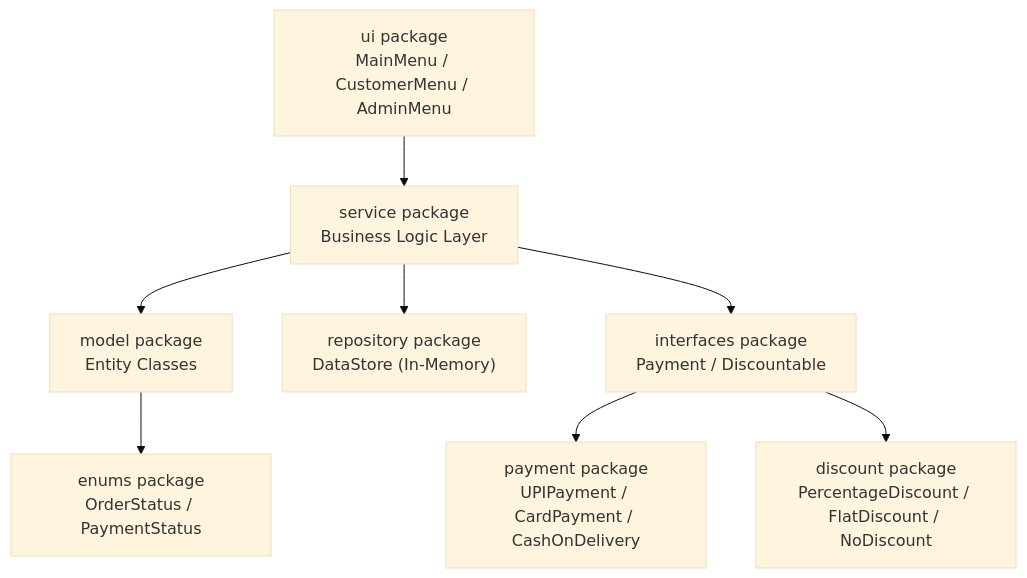
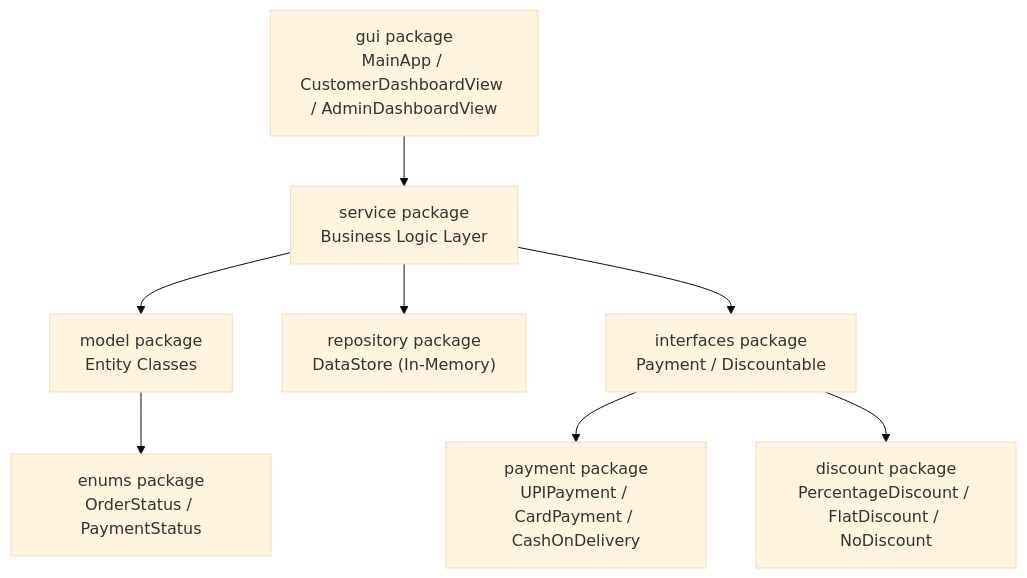
One commit to IshanWankhede/EcomFlow changed the first of 5 diagrams in README.md. Above: the diagram before and after it, drawn with Mermaid (base theme). The commit also changed other lines of this file and 2 other files, not shown here.

````diff
--- a/README.md
+++ b/README.md
@@ -84,10 +84,10 @@
 ```mermaid
 flowchart TD
-    UI["ui package<br/>MainMenu / CustomerMenu / AdminMenu"] --> SVC["service package<br/>Business Logic Layer"]
+    UI["gui package<br/>MainApp / CustomerDashboardView / AdminDashboardView"] --> SVC["service package<br/>Business Logic Layer"]
     SVC --> MODEL["model package<br/>Entity Classes"]
     SVC --> REPO["repository package<br/>DataStore (In-Memory)"]
     SVC --> IFACE["interfaces package<br/>Payment / Discountable"]
     IFACE --> PAY["payment package<br/>UPIPayment / CardPayment / CashOnDelivery"]
     IFACE --> DISC["discount package<br/>PercentageDiscount / FlatDiscount / NoDiscount"]
     MODEL --> ENUMS["enums package<br/>OrderStatus / PaymentStatus"]
 ```
````
